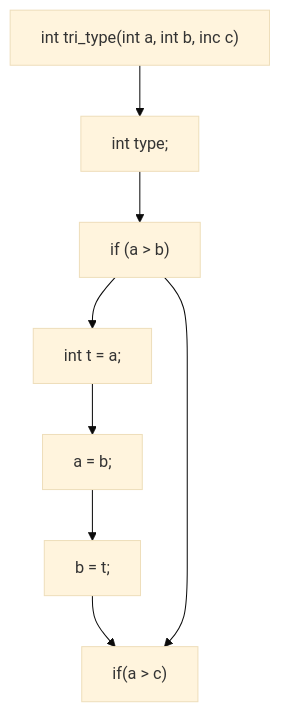
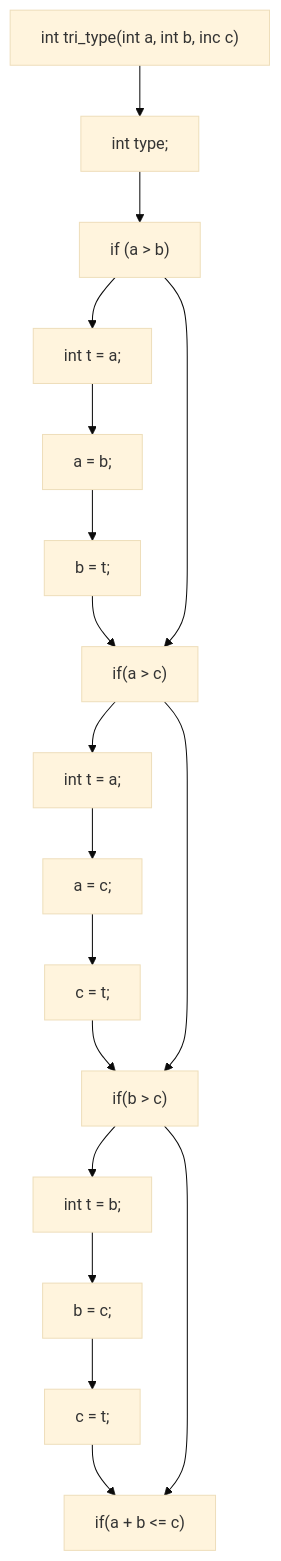
Before and after one commit to hajer78945/eng5: the second of 2 diagrams in README.md, drawn with Mermaid (base theme). The commit also changed other lines of this file, not shown here.

````diff
--- a/README.md
+++ b/README.md
@@ -203,12 +203,18 @@
 ```mermaid
 graph TD;
 id1["int tri_type(int a, int b, inc c)"]
 id2["int type;"]
 id1 --> id2;
 id3["if (a > b)"]
 id2 --> id3;
 id4["if(a > c)"]
 id3 --> id5["int t = a;"] --> id6["a = b;"] --> id7["b = t;"] --> id4
 id3 --> id4;
+id8["if(b > c)"]
+id4 --> id9["int t = a;"] --> id10["a = c;"] --> id11["c = t;"] --> id8
+id4 --> id8;
+id12["if(a + b <= c)"]
+id8 --> id13["int t = b;"] --> id14["b = c;"] --> id15["c = t;"] --> id12
+id8 --> id12;
 
 ```
````
